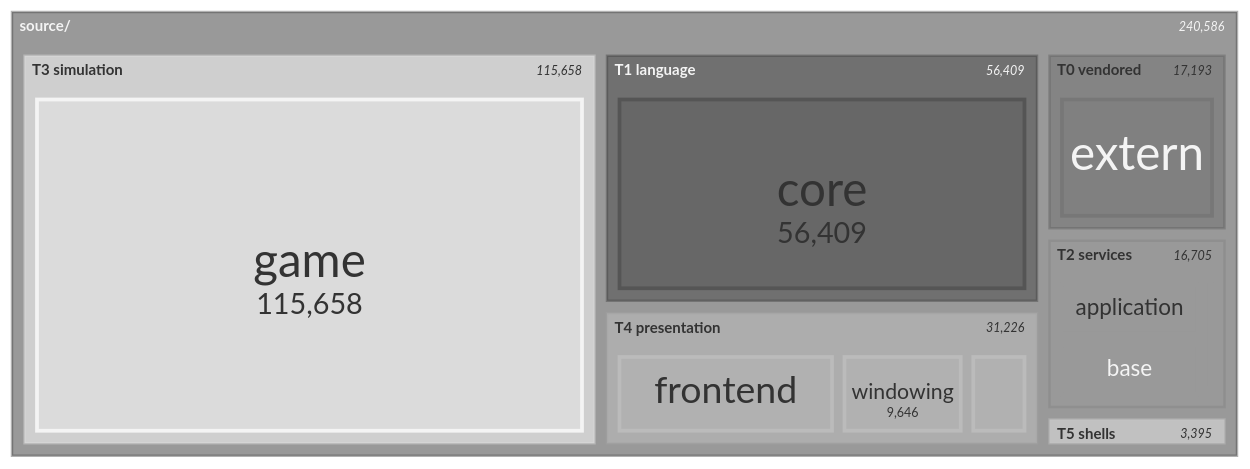
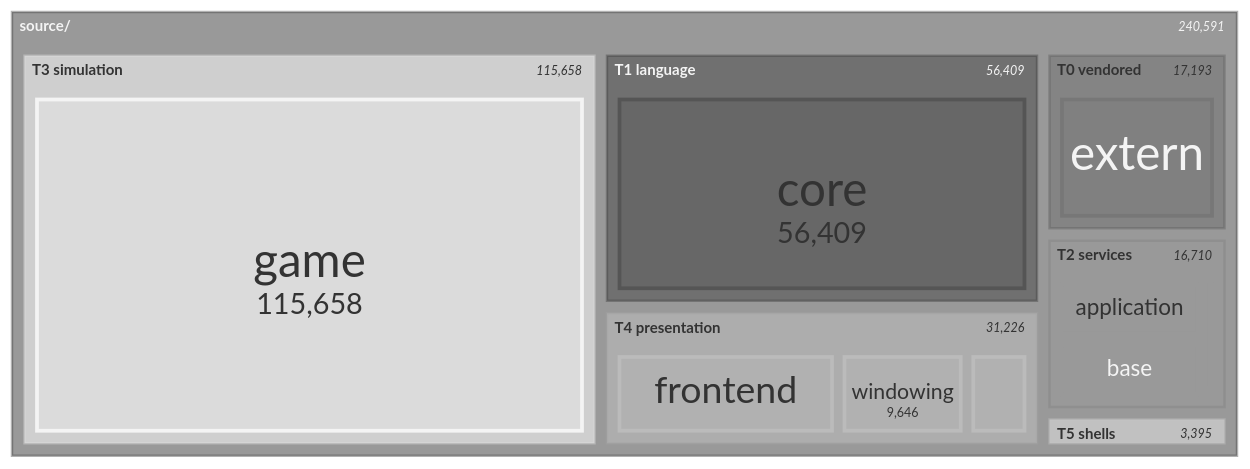
The seventh of 11 diagrams in docs/architecture/system-boundaries.md (apnex/OpenStarbound), drawn with Mermaid (neutral theme) before and after one commit. The commit also changed other lines of this file and 6 other files, not shown here.

````diff
--- a/docs/architecture/system-boundaries.md
+++ b/docs/architecture/system-boundaries.md
@@ -592,22 +592,22 @@
 ```mermaid
 treemap-beta
 "source/"
     "T0 vendored"
         "extern": 17193
     "T1 language"
         "core": 56409
     "T2 services"
-        "application": 7672
+        "application": 7677
         "base": 7468
         "metrics": 1423
         "platform": 142
     "T3 simulation"
         "game": 115658
     "T4 presentation"
         "frontend": 16863
         "windowing": 9646
         "rendering": 4717
     "T5 shells"
         "client": 2612
         "server": 783
 ```
````
